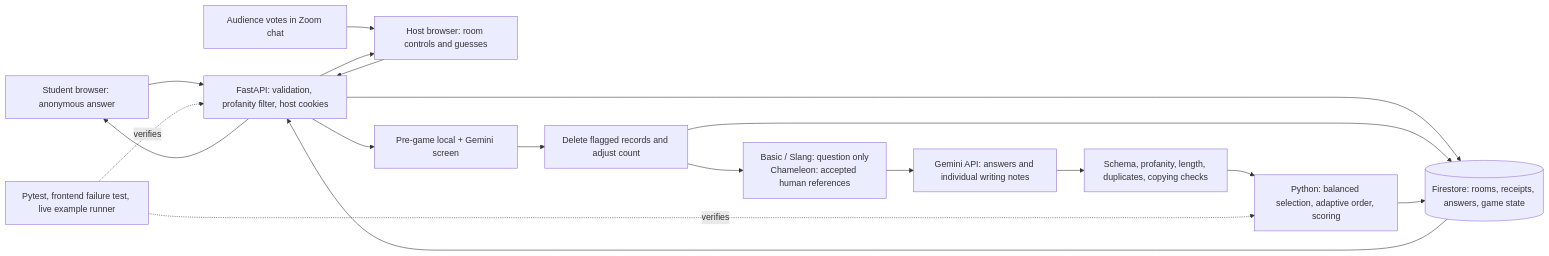
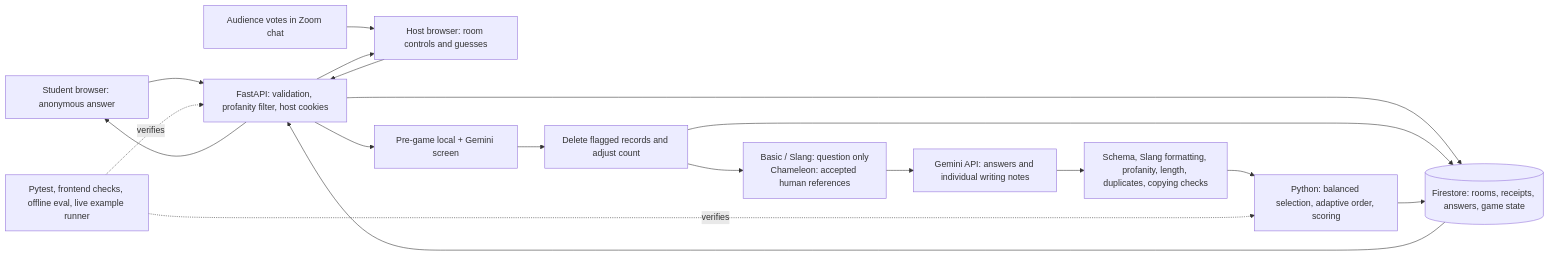
Before and after one commit to isalcedo1121/guess-the-human: the diagram in diagrams/architecture.mmd, drawn with Mermaid. The commit also changed 4 other files, not shown here.

Commit message:
test: add offline style and guardrail evaluation

```diff
--- a/diagrams/architecture.mmd
+++ b/diagrams/architecture.mmd
@@ -1,18 +1,18 @@
 flowchart LR
   Student[Student browser: anonymous answer] --> API[FastAPI: validation, profanity filter, host cookies]
   Host[Host browser: room controls and guesses] --> API
   Audience[Audience votes in Zoom chat] --> Host
   API --> DB[(Firestore: rooms, receipts, answers, game state)]
   API --> Screen[Pre-game local + Gemini screen]
   Screen --> Clean[Delete flagged records and adjust count]
   Clean --> DB
   Clean --> Generator["Basic / Slang: question only<br/>Chameleon: accepted human references"]
   Generator --> Gemini[Gemini API: answers and individual writing notes]
-  Gemini --> Guard[Schema, profanity, length, duplicates, copying checks]
+  Gemini --> Guard[Schema, Slang formatting, profanity, length, duplicates, copying checks]
   Guard --> Logic[Python: balanced selection, adaptive order, scoring]
   Logic --> DB
   DB --> API
   API --> Host
   API --> Student
-  Tests[Pytest, frontend failure test, live example runner] -. verifies .-> API
+  Tests[Pytest, frontend checks, offline eval, live example runner] -. verifies .-> API
   Tests -. verifies .-> Logic
```
